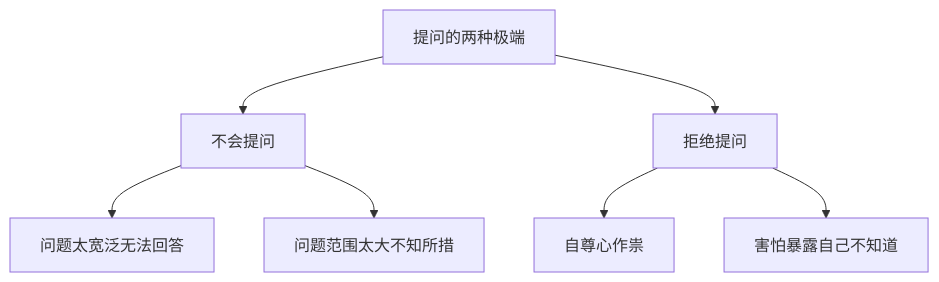
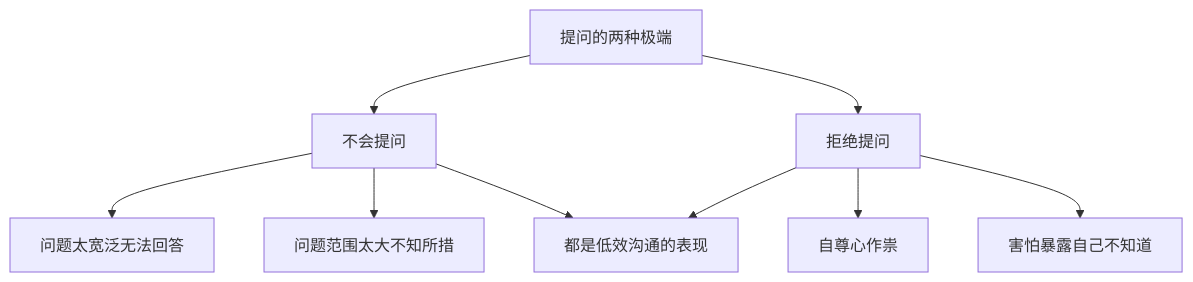
One commit to chongyang211/YCBookBlog changed the first of 10 diagrams in 10.自我进阶提升书/06.语言沟通的演进/6.6学会高效地提问.md. Above: the diagram before and after it, drawn with Mermaid. The commit also changed other lines of this file and 8 other files, not shown here.

````diff
--- a/10.自我进阶提升书/06.语言沟通的演进/6.6学会高效地提问.md
+++ b/10.自我进阶提升书/06.语言沟通的演进/6.6学会高效地提问.md
@@ -17,9 +20,11 @@
 ```mermaid
 graph TD
     A[提问的两种极端] --> B[不会提问]
     A --> C[拒绝提问]
     B --> B1[问题太宽泛无法回答]
     B --> B2[问题范围太大不知所措]
     C --> C1[自尊心作祟]
     C --> C2[害怕暴露自己不知道]
+    B --> D[都是低效沟通的表现]
+    C --> D
 ```
````
